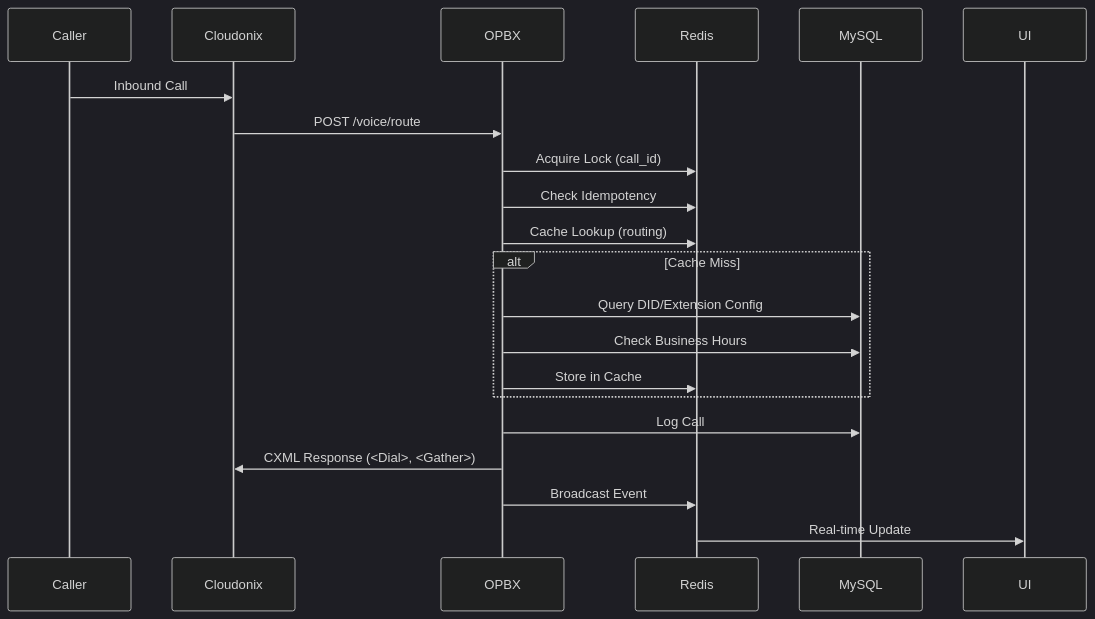
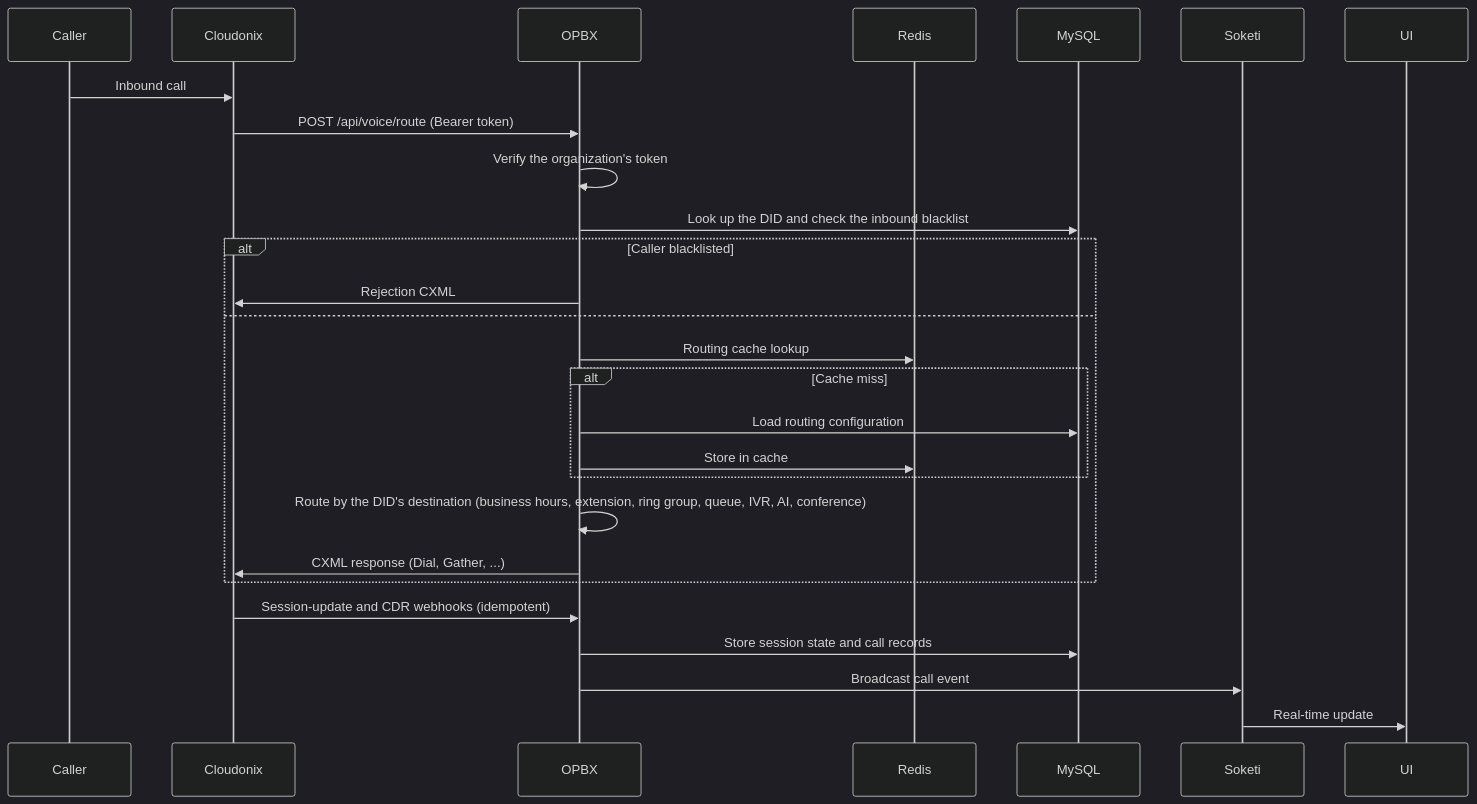
Before and after one commit to greenfieldtech-nirs/opbx: the second of 3 diagrams in README.md, drawn with Mermaid (dark theme). The commit also changed other lines of this file and 9 other files, not shown here.

````diff
--- a/README.md
+++ b/README.md
@@ -180,24 +207,30 @@
 ```mermaid
 sequenceDiagram
     participant Caller
     participant Cloudonix
     participant OPBX
     participant Redis
     participant MySQL
+    participant Soketi
     participant UI
 
-    Caller->>Cloudonix: Inbound Call
-    Cloudonix->>OPBX: POST /voice/route
-    OPBX->>Redis: Acquire Lock (call_id)
-    OPBX->>Redis: Check Idempotency
-    OPBX->>Redis: Cache Lookup (routing)
-    alt Cache Miss
-        OPBX->>MySQL: Query DID/Extension Config
-        OPBX->>MySQL: Check Business Hours
-        OPBX->>Redis: Store in Cache
+    Caller->>Cloudonix: Inbound call
+    Cloudonix->>OPBX: POST /api/voice/route (Bearer token)
+    OPBX->>OPBX: Verify the organization's token
+    OPBX->>MySQL: Look up the DID and check the inbound blacklist
+    alt Caller blacklisted
+        OPBX->>Cloudonix: Rejection CXML
+    else
+        OPBX->>Redis: Routing cache lookup
+        alt Cache miss
+            OPBX->>MySQL: Load routing configuration
+            OPBX->>Redis: Store in cache
+        end
+        OPBX->>OPBX: Route by the DID's destination (business hours, extension, ring group, queue, IVR, AI, conference)
+        OPBX->>Cloudonix: CXML response (Dial, Gather, ...)
     end
-    OPBX->>MySQL: Log Call
-    OPBX->>Cloudonix: CXML Response (<Dial>, <Gather>)
-    OPBX->>Redis: Broadcast Event
-    Redis->>UI: Real-time Update
+    Cloudonix->>OPBX: Session-update and CDR webhooks (idempotent)
+    OPBX->>MySQL: Store session state and call records
+    OPBX->>Soketi: Broadcast call event
+    Soketi->>UI: Real-time update
 ```
````
